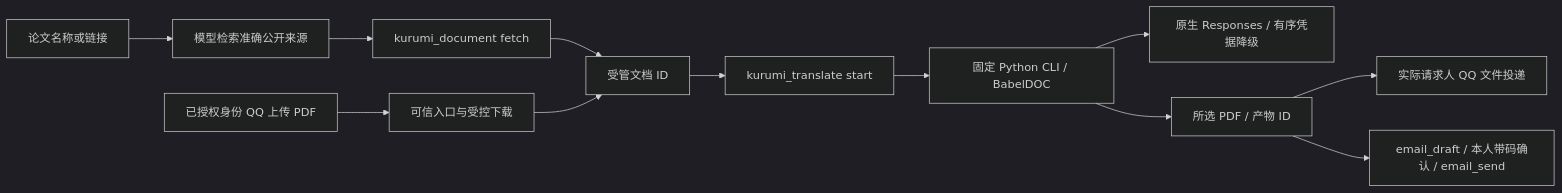
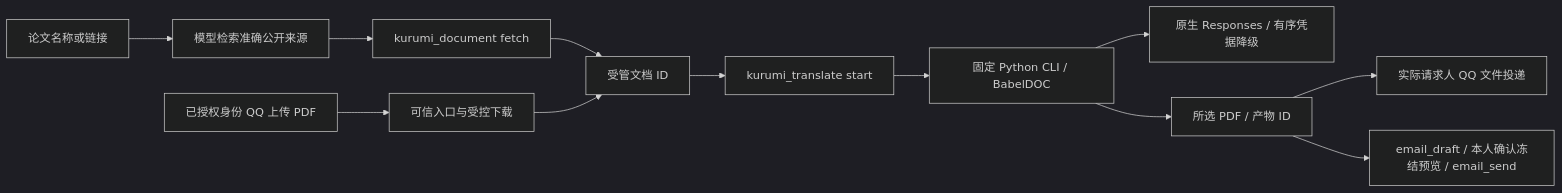
One commit to zsh-afrangry/MyBot changed the diagram in docs/22_论文PDF翻译与文件投递.md. Above: the diagram before and after it, drawn with Mermaid (dark theme). The commit also changed other lines of this file and 4 other files, not shown here.

````diff
--- a/docs/22_论文PDF翻译与文件投递.md
+++ b/docs/22_论文PDF翻译与文件投递.md
@@ -55,14 +55,14 @@
 ```mermaid
 flowchart LR
     A[论文名称或链接] --> B[模型检索准确公开来源]
     B --> C[kurumi_document fetch]
     D[已授权身份 QQ 上传 PDF] --> E[可信入口与受控下载]
     C --> F[受管文档 ID]
     E --> F
     F --> G[kurumi_translate start]
     G --> H[固定 Python CLI / BabelDOC]
     H --> I[原生 Responses / 有序凭据降级]
     H --> J[所选 PDF / 产物 ID]
     J --> K[实际请求人 QQ 文件投递]
-    J --> L[email_draft / 本人带码确认 / email_send]
+    J --> L[email_draft / 本人确认冻结预览 / email_send]
 ```
````
